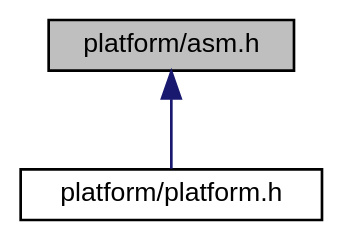
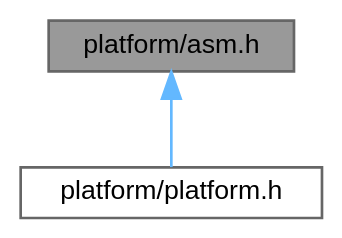
One commit to ebs-universe/piolib-platform changed the diagram in asm_8h__dep__incl.dot. Above: the diagram before and after it, drawn with Graphviz. The commit also changed 216 other files, not shown here.

```diff
--- a/asm_8h__dep__incl.dot
+++ b/asm_8h__dep__incl.dot
@@ -1,11 +1,11 @@
 digraph "platform/asm.h"
 {
  // INTERACTIVE_SVG=YES
  // LATEX_PDF_SIZE
   bgcolor="transparent";
-  edge [fontname="Helvetica",fontsize="10",labelfontname="Helvetica",labelfontsize="10"];
-  node [fontname="Helvetica",fontsize="10",shape=record];
-  Node1 [label="platform/asm.h",height=0.2,width=0.4,color="black", fillcolor="grey75", style="filled", fontcolor="black",tooltip="Helper Definitions for ASM files."];
-  Node1 -> Node2 [dir="back",color="midnightblue",fontsize="10",style="solid",fontname="Helvetica"];
-  Node2 [label="platform/platform.h",height=0.2,width=0.4,color="black",URL="$platform_8h_source.html",tooltip=" "];
+  edge [fontname=Helvetica,fontsize=10,labelfontname=Helvetica,labelfontsize=10];
+  node [fontname=Helvetica,fontsize=10,shape=box,height=0.2,width=0.4];
+  Node1 [id="Node000001",label="platform/asm.h",height=0.2,width=0.4,color="gray40", fillcolor="grey60", style="filled", fontcolor="black",tooltip="Helper Definitions for ASM files."];
+  Node1 -> Node2 [id="edge1_Node000001_Node000002",dir="back",color="steelblue1",style="solid",tooltip=" "];
+  Node2 [id="Node000002",label="platform/platform.h",height=0.2,width=0.4,color="grey40", fillcolor="white", style="filled",URL="$platform_8h.html",tooltip=" "];
 }
```
